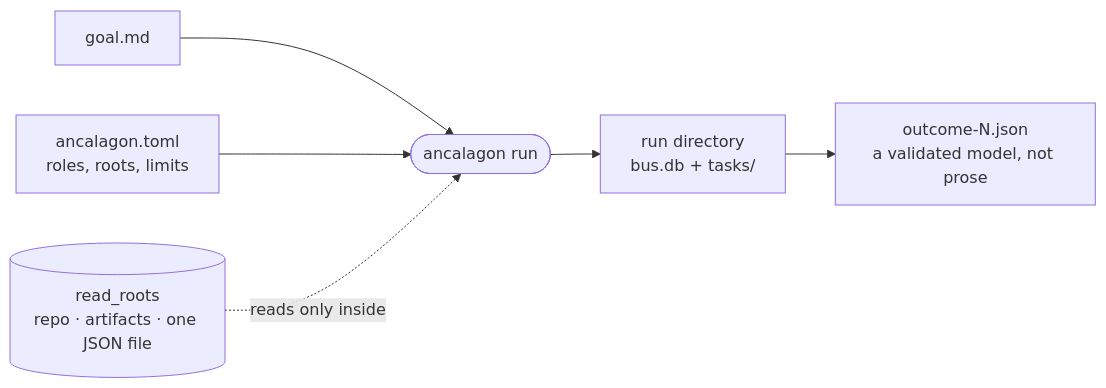
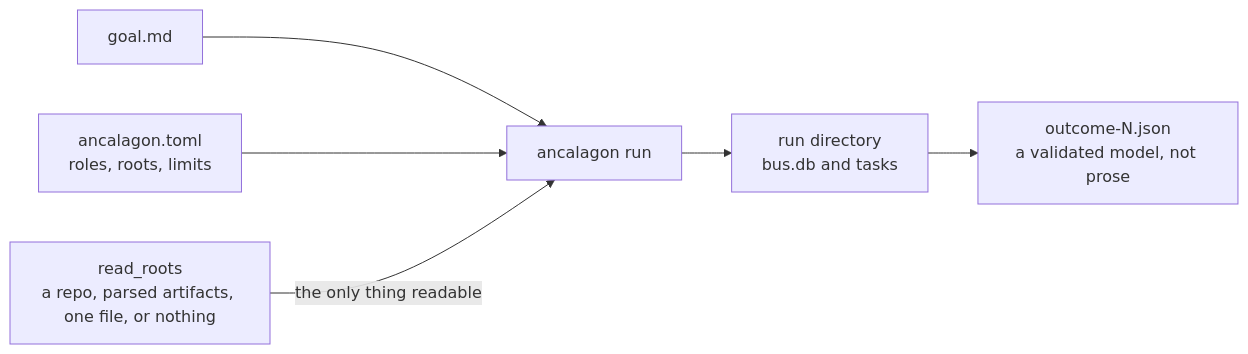
One commit to avishek-sen-gupta/ancalagon changed the first of 7 diagrams in README.md. Above: the diagram before and after it, drawn with Mermaid. The commit also changed other lines of this file, not shown here.

````diff
--- a/README.md
+++ b/README.md
@@ -9,8 +9,8 @@
 ```mermaid
 flowchart LR
-    goal["goal.md"] --> run
+    goal["goal.md"] --> run["ancalagon run"]
     cfg["ancalagon.toml<br/>roles, roots, limits"] --> run
-    run(["ancalagon run"]) --> rd["run directory<br/>bus.db + tasks/"]
+    roots["read_roots<br/>a repo, parsed artifacts, one file, or nothing"] -->|the only thing readable| run
+    run --> rd["run directory<br/>bus.db and tasks"]
     rd --> ans["outcome-N.json<br/>a validated model, not prose"]
-    roots[("read_roots<br/>repo · artifacts · one JSON file")] -.reads only inside.-> run
 ```
````
